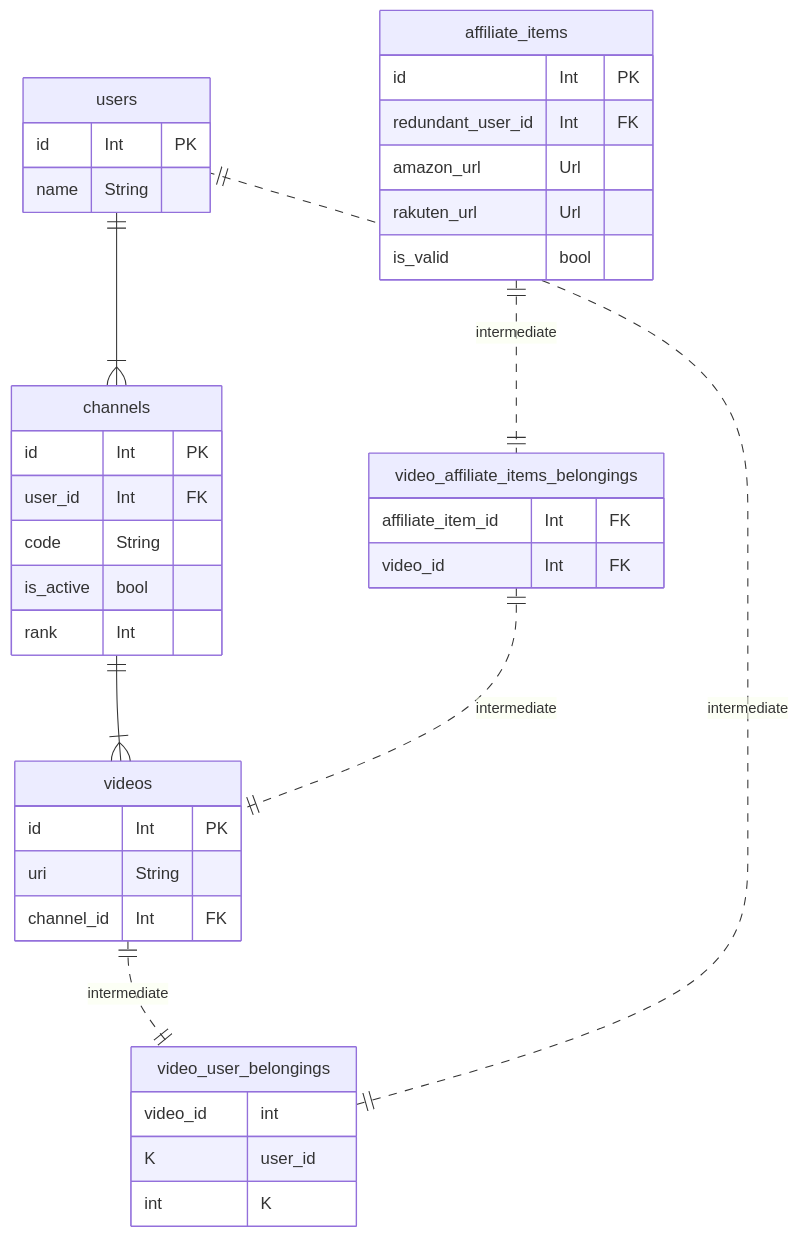
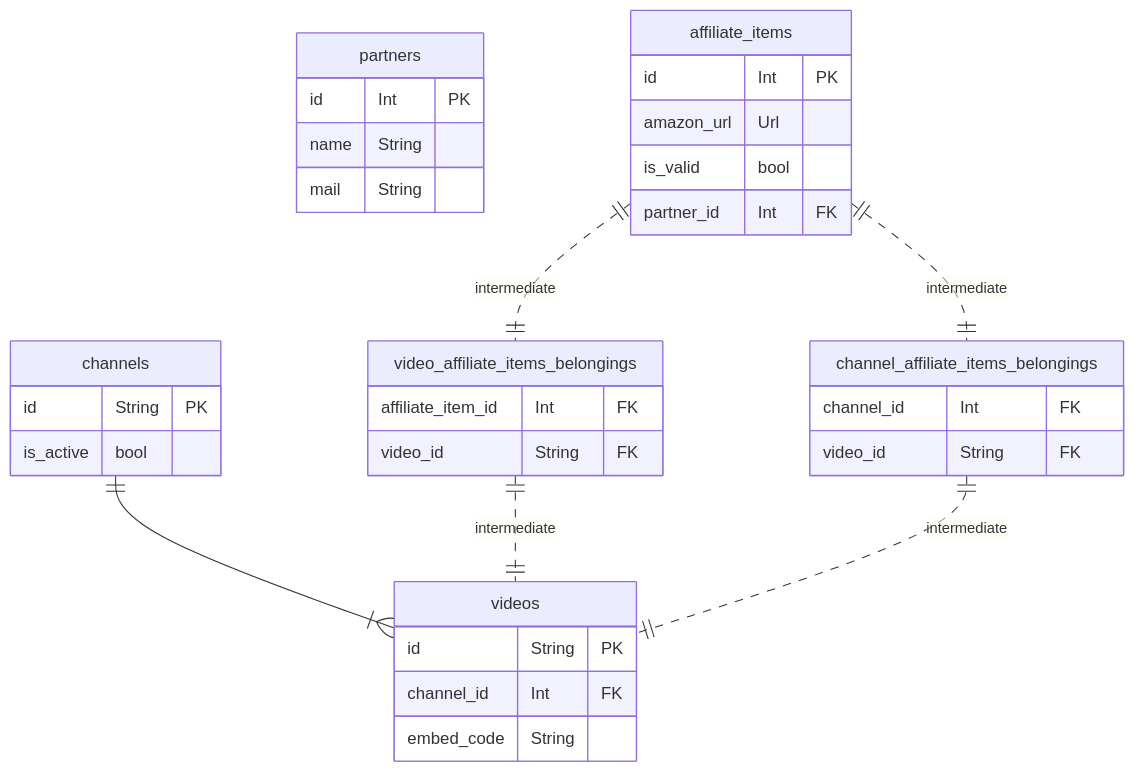
The diagram in backend/er-diagram.md (44Kuniy/usumurasaki), drawn with Mermaid before and after one commit. The commit also changed 23 other files, not shown here.

````diff
--- a/backend/er-diagram.md
+++ b/backend/er-diagram.md
@@ -1,45 +1,44 @@
 ```mermaid
 erDiagram
-    users {
+    partners {
         id Int PK
         name String
+        mail String
     }
+
     channels {
-        id Int PK
-        user_id Int FK
-        code String
+        id String PK
         is_active bool
-        rank Int
     }
     videos {
-        id Int PK
-        uri String
+        id String PK
         channel_id Int FK
+        embed_code String
     }
 
-    users ||--|{ channels : ""
     channels ||--|{ videos : ""
 
     affiliate_items {
         id Int PK
-        redundant_user_id Int FK
         amazon_url Url
-        rakuten_url Url
         is_valid bool
-    }
-
-    video_user_belongings {
-        video_id int K
-        user_id int K
+        partner_id Int FK
     }
 
     video_affiliate_items_belongings {
         affiliate_item_id Int FK
-        video_id Int FK
+        video_id String FK
     }
+
+    channel_affiliate_items_belongings {
+        channel_id Int FK
+        video_id String FK
+    }
+
     affiliate_items ||..||  video_affiliate_items_belongings : "intermediate"
     video_affiliate_items_belongings ||..||  videos : "intermediate"
 
-    videos ||..||  video_user_belongings : "intermediate"
-    video_user_belongings ||..||  users : "intermediate"
+    affiliate_items ||..||  channel_affiliate_items_belongings : "intermediate"
+    channel_affiliate_items_belongings ||..||  videos : "intermediate"
+
 ```
````
